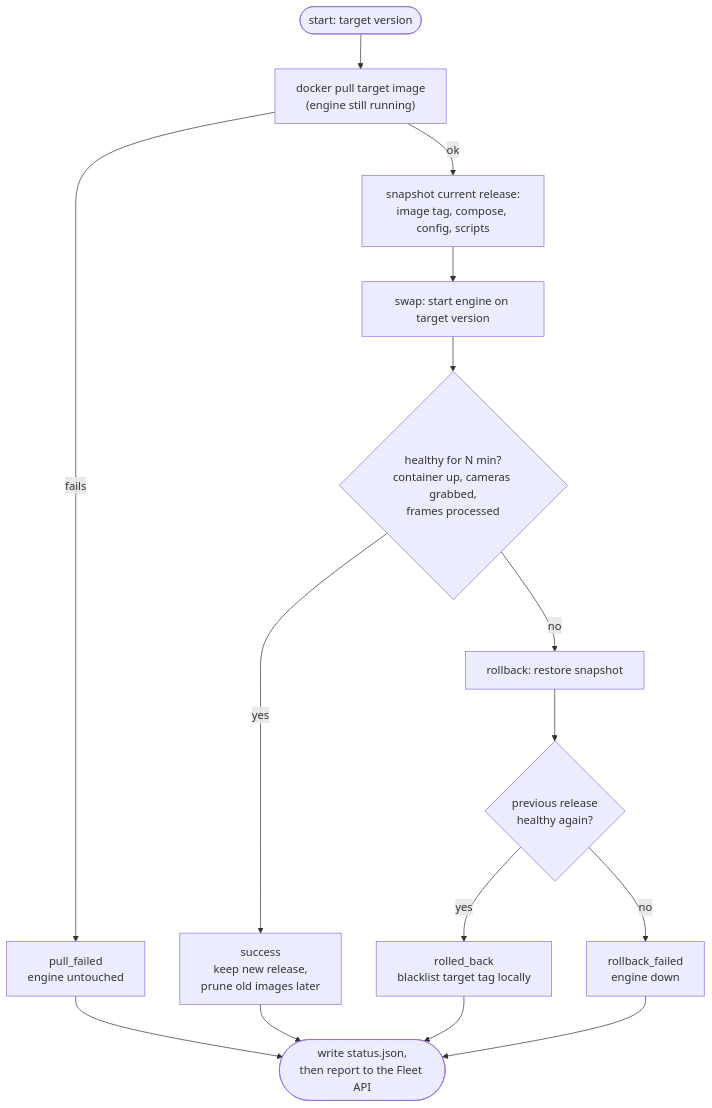
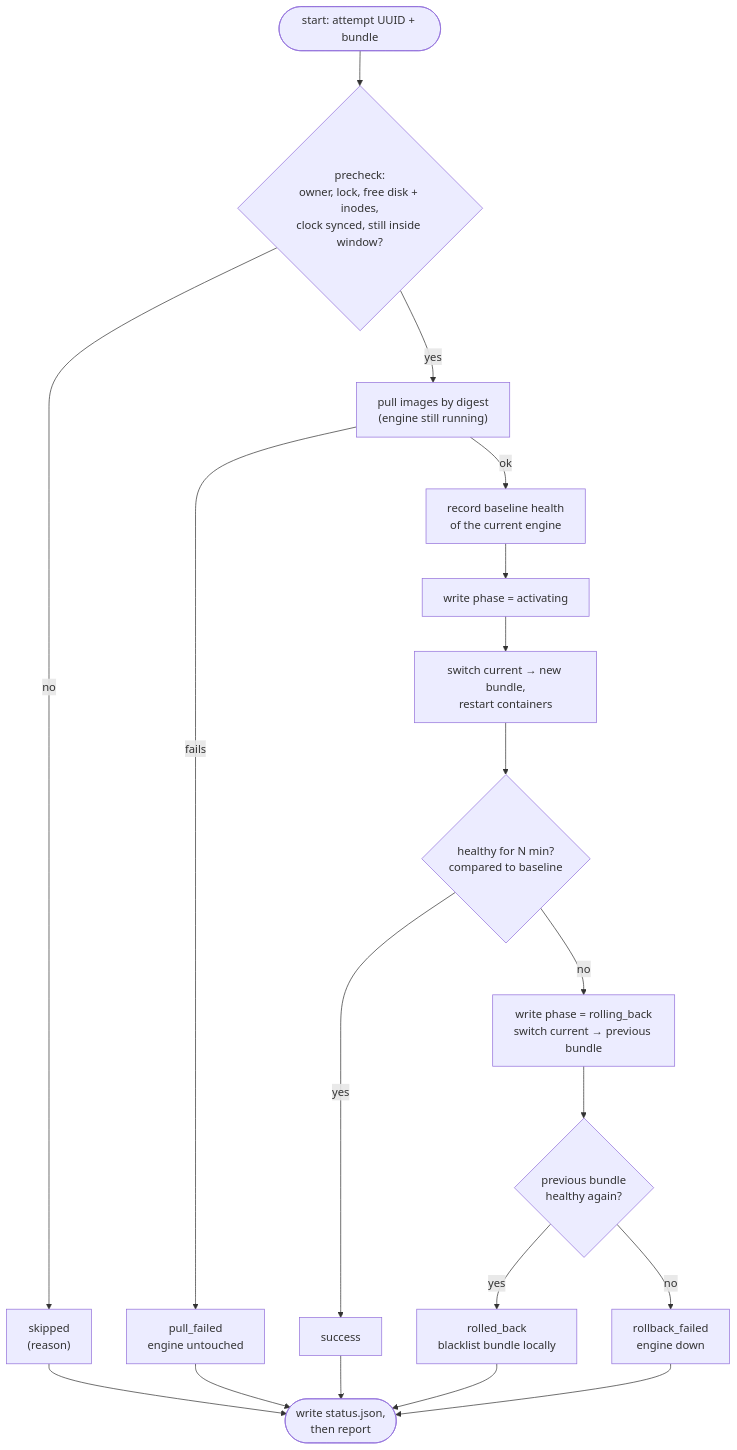
The sixth of 13 diagrams in docs/ADR/fleet-api.md (pyronear/pi-manager-template), drawn with Mermaid before and after one commit. The commit also changed other lines of this file, not shown here.

````diff
--- a/docs/ADR/fleet-api.md
+++ b/docs/ADR/fleet-api.md
@@ -204,17 +300,21 @@
 ```mermaid
 flowchart TD
-    S([start: target version]) --> P["docker pull target image<br/>(engine still running)"]
+    S([start: attempt UUID + bundle]) --> PRE{"precheck:<br/>owner, lock, free disk + inodes,<br/>clock synced, still inside window?"}
+    PRE -- no --> SK["skipped<br/>(reason)"]
+    PRE -- yes --> P["pull images by digest<br/>(engine still running)"]
     P -- fails --> X1["pull_failed<br/>engine untouched"]
-    P -- ok --> SNAP["snapshot current release:<br/>image tag, compose, config, scripts"]
-    SNAP --> SW["swap: start engine on target version"]
-    SW --> HC{"healthy for N min?<br/>container up, cameras grabbed,<br/>frames processed"}
-    HC -- yes --> OK["success<br/>keep new release,<br/>prune old images later"]
-    HC -- no --> RB["rollback: restore snapshot"]
-    RB --> HC2{"previous release<br/>healthy again?"}
-    HC2 -- yes --> BL["rolled_back<br/>blacklist target tag locally"]
+    P -- ok --> BASE["record baseline health<br/>of the current engine"]
+    BASE --> PH["write phase = activating"]
+    PH --> SW["switch current → new bundle,<br/>restart containers"]
+    SW --> HC{"healthy for N min?<br/>compared to baseline"}
+    HC -- yes --> OK["success"]
+    HC -- no --> RB["write phase = rolling_back<br/>switch current → previous bundle"]
+    RB --> HC2{"previous bundle<br/>healthy again?"}
+    HC2 -- yes --> BL["rolled_back<br/>blacklist bundle locally"]
     HC2 -- no --> RF["rollback_failed<br/>engine down"]
-    X1 --> REP(["write status.json,<br/>then report to the Fleet API"])
+    SK --> REP(["write status.json,<br/>then report"])
+    X1 --> REP
     OK --> REP
     BL --> REP
     RF --> REP
 ```
````
